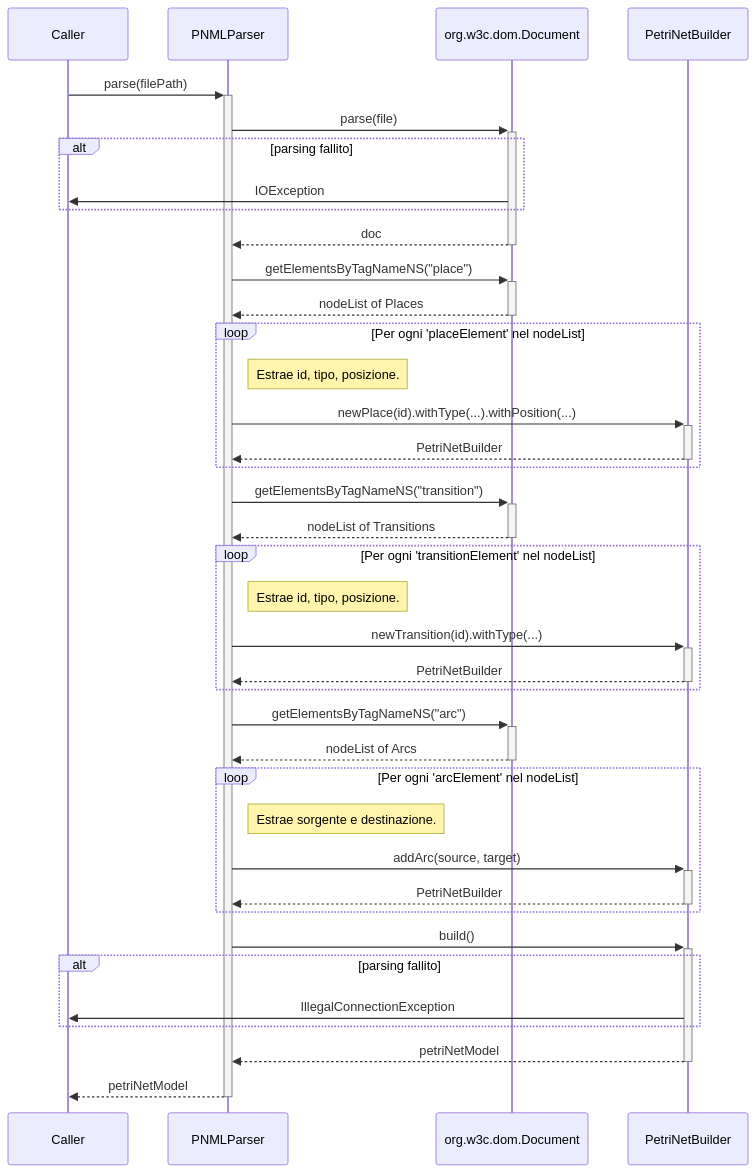
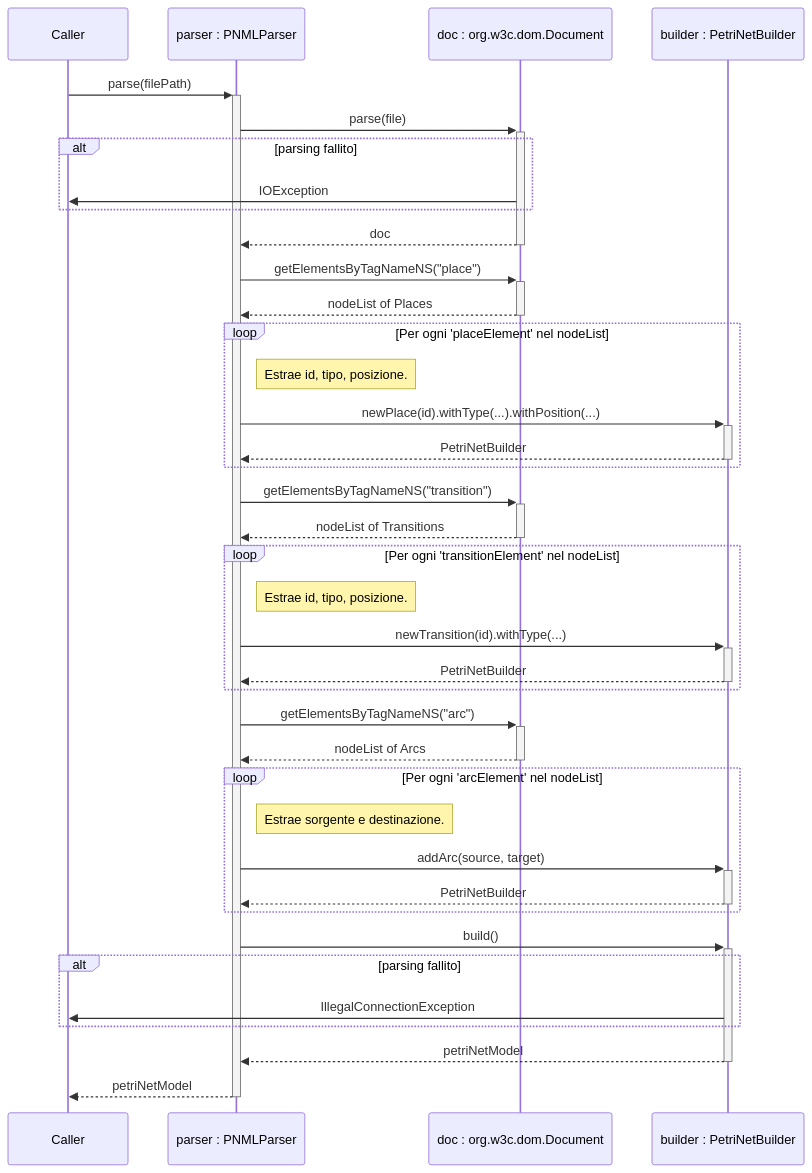
Before and after one commit to alessio-vivaldelli/PetriHub: the diagram in docs/petri-net/sequence diagram/PNMLParser.mmd, drawn with Mermaid. The commit also changed 7 other files, not shown here.

Commit message:
refactor sequence diagrams to improve participant naming for clarity and consistency

```diff
--- a/docs/petri-net/sequence diagram/PNMLParser.mmd
+++ b/docs/petri-net/sequence diagram/PNMLParser.mmd
@@ -1,42 +1,42 @@
 sequenceDiagram
     participant Caller
-    participant Parser as PNMLParser
-    participant Document as org.w3c.dom.Document
-    participant Builder as PetriNetBuilder
+    participant Parser as parser : PNMLParser
+    participant Document as doc : org.w3c.dom.Document
+    participant Builder as builder : PetriNetBuilder
     Caller ->>+ Parser: parse(filePath)
     Parser ->>+ Document: parse(file)
     alt parsing fallito
         Document ->> Caller: IOException
     end
     Document -->>- Parser: doc
     Parser ->>+ Document: getElementsByTagNameNS("place")
     Document -->>- Parser: nodeList of Places
 
     loop Per ogni 'placeElement' nel nodeList
         Note right of Parser: Estrae id, tipo, posizione.
         Parser ->>+ Builder: newPlace(id).withType(...).withPosition(...)
         Builder -->>- Parser: PetriNetBuilder
     end
 
     Parser ->>+ Document: getElementsByTagNameNS("transition")
     Document -->>- Parser: nodeList of Transitions
     loop Per ogni 'transitionElement' nel nodeList
         Note right of Parser: Estrae id, tipo, posizione.
         Parser ->>+ Builder: newTransition(id).withType(...)
         Builder -->>- Parser: PetriNetBuilder
     end
 
     Parser ->>+ Document: getElementsByTagNameNS("arc")
     Document -->>- Parser: nodeList of Arcs
     loop Per ogni 'arcElement' nel nodeList
         Note right of Parser: Estrae sorgente e destinazione.
         Parser ->>+ Builder: addArc(source, target)
         Builder -->>- Parser: PetriNetBuilder
     end
 
     Parser ->>+ Builder: build()
     alt parsing fallito
         Builder ->> Caller: IllegalConnectionException
     end
     Builder -->>- Parser: petriNetModel
     Parser -->>- Caller: petriNetModel
```
